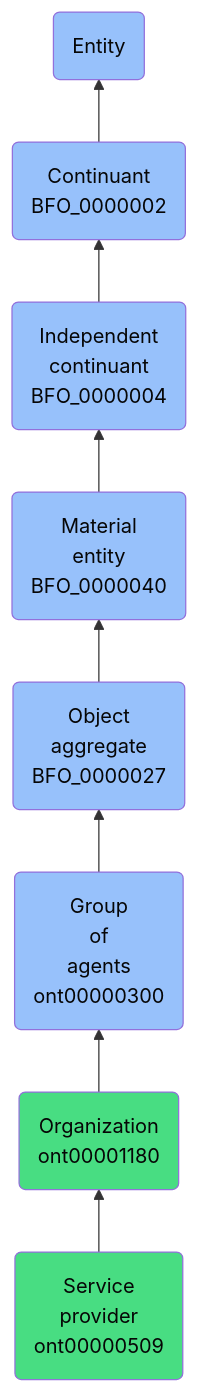
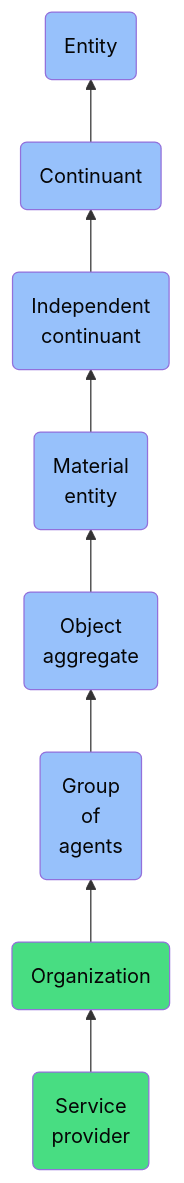
One commit to jupyter-naas/abi changed the diagram in docs/ontology/reference/model/Entity/Continuant/Independent continuant/Material entity/Object aggregate/Group of agents/Organization/Service provider/Service provider.md. Above: the diagram before and after it, drawn with Mermaid. The commit also changed other lines of this file and 1430 other files, not shown here.

````diff
--- a/docs/ontology/reference/model/Entity/Continuant/Independent continuant/Material entity/Object aggregate/Group of agents/Organization/Service provider/Service provider.md
+++ b/docs/ontology/reference/model/Entity/Continuant/Independent continuant/Material entity/Object aggregate/Group of agents/Organization/Service provider/Service provider.md
@@ -24,15 +24,15 @@
 ```mermaid
 graph BT
-    ont00000509(Service<br>provider<br>ont00000509):::ABI-->ont00001180
-    ont00001180(Organization<br>ont00001180):::ABI-->ont00000300
-    ont00000300(Group<br>of<br>agents<br>ont00000300):::BFO-->BFO_0000027
-    BFO_0000027(Object<br>aggregate<br>BFO_0000027):::BFO-->BFO_0000040
-    BFO_0000040(Material<br>entity<br>BFO_0000040):::BFO-->BFO_0000004
-    BFO_0000004(Independent<br>continuant<br>BFO_0000004):::BFO-->BFO_0000002
-    BFO_0000002(Continuant<br>BFO_0000002):::BFO-->BFO_0000001
+    ont00000509(Service<br>provider):::ABI-->ont00001180
+    ont00001180(Organization):::ABI-->ont00000300
+    ont00000300(Group<br>of<br>agents):::BFO-->BFO_0000027
+    BFO_0000027(Object<br>aggregate):::BFO-->BFO_0000040
+    BFO_0000040(Material<br>entity):::BFO-->BFO_0000004
+    BFO_0000004(Independent<br>continuant):::BFO-->BFO_0000002
+    BFO_0000002(Continuant):::BFO-->BFO_0000001
     BFO_0000001(Entity):::BFO
     
     classDef BFO fill:#97c1fb,color:#060606
     classDef CCO fill:#e4c51e,color:#060606
     classDef ABI fill:#48DD82,color:#060606
 ```
````
